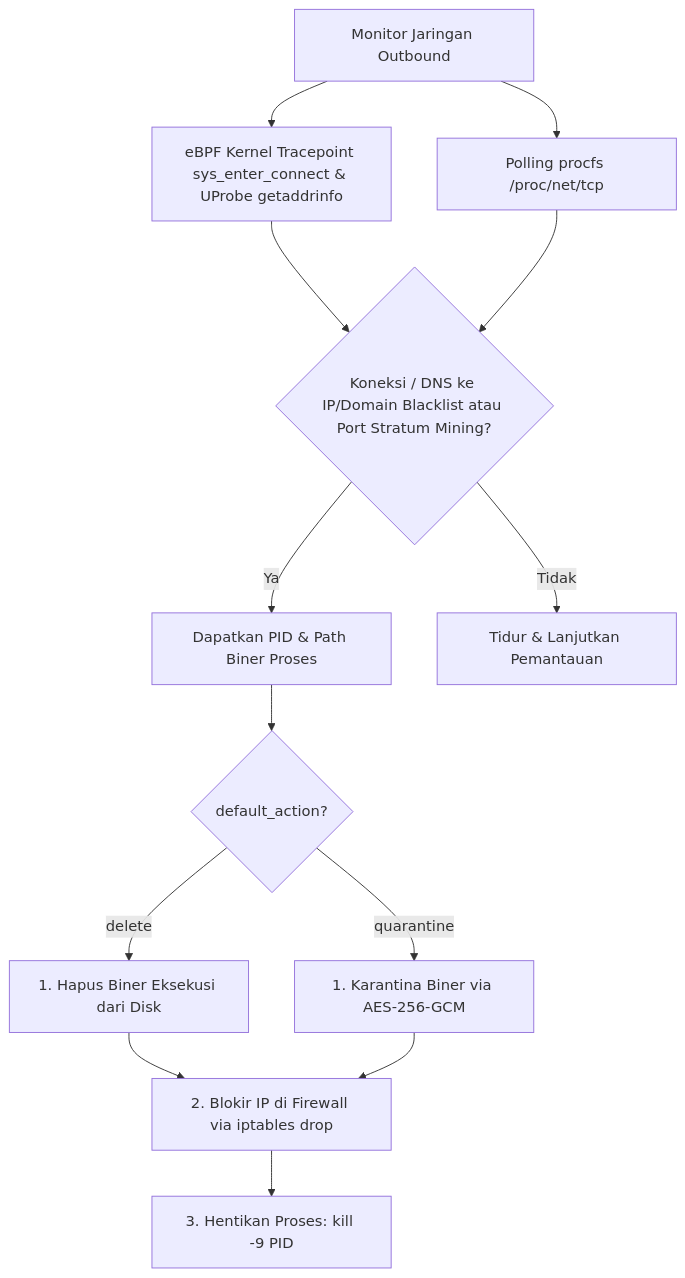
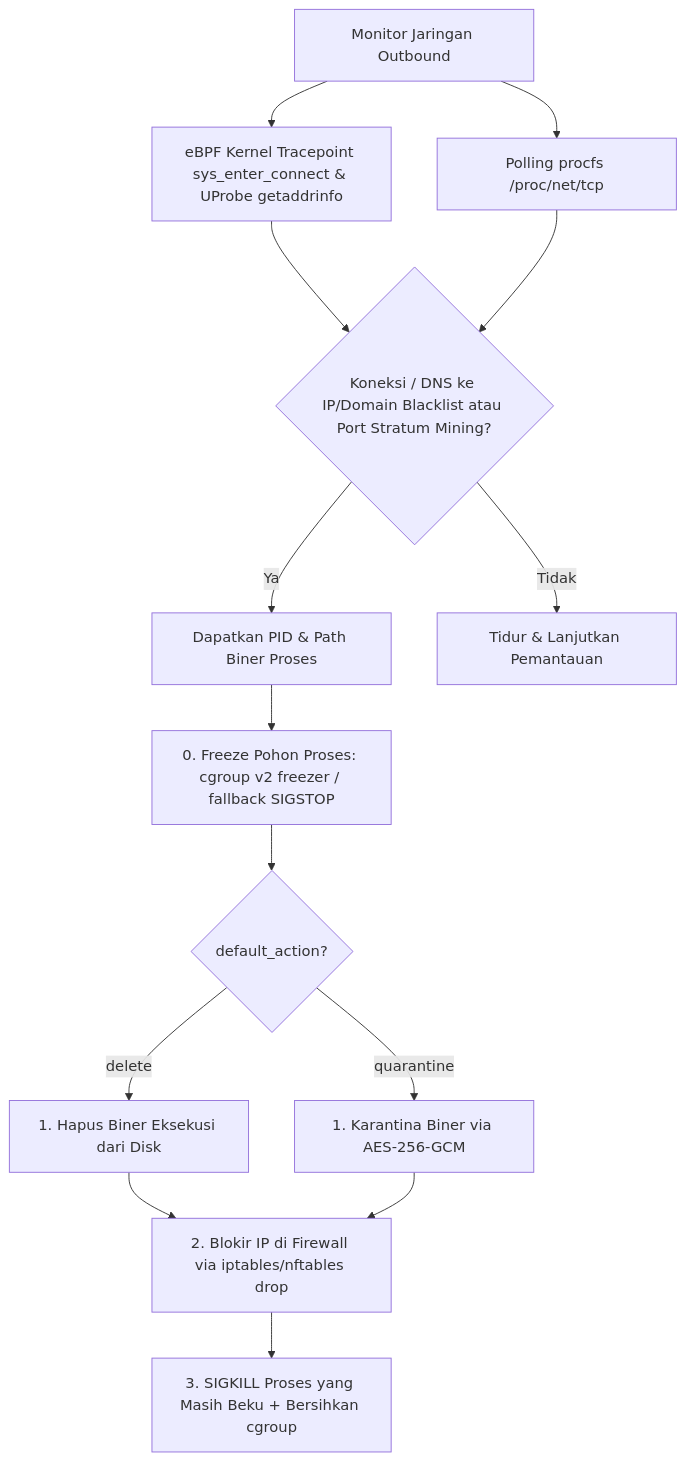
Before and after one commit to hiroppi401/ferroshield: the third of 3 diagrams in README.md, drawn with Mermaid. The commit also changed other lines of this file and 17 other files, not shown here.

````diff
--- a/README.md
+++ b/README.md
@@ -93,15 +93,16 @@
 ```mermaid
 graph TD
     A[Monitor Jaringan Outbound] --> B[eBPF Kernel Tracepoint sys_enter_connect & UProbe getaddrinfo]
     A --> C[Polling procfs /proc/net/tcp]
     B --> D{Koneksi / DNS ke IP/Domain Blacklist atau Port Stratum Mining?}
     C --> D
     D -->|Ya| E[Dapatkan PID & Path Biner Proses]
-    E --> F{default_action?}
-    F -->|delete| G[1. Hapus Biner Eksekusi dari Disk]
-    F -->|quarantine| H[1. Karantina Biner via AES-256-GCM]
-    G --> I[2. Blokir IP di Firewall via iptables drop]
-    H --> I
-    I --> J[3. Hentikan Proses: kill -9 PID]
-    D -->|Tidak| K[Tidur & Lanjutkan Pemantauan]
+    E --> F[0. Freeze Pohon Proses: cgroup v2 freezer / fallback SIGSTOP]
+    F --> G{default_action?}
+    G -->|delete| H[1. Hapus Biner Eksekusi dari Disk]
+    G -->|quarantine| I[1. Karantina Biner via AES-256-GCM]
+    H --> J[2. Blokir IP di Firewall via iptables/nftables drop]
+    I --> J
+    J --> K[3. SIGKILL Proses yang Masih Beku + Bersihkan cgroup]
+    D -->|Tidak| L[Tidur & Lanjutkan Pemantauan]
 ```
````
